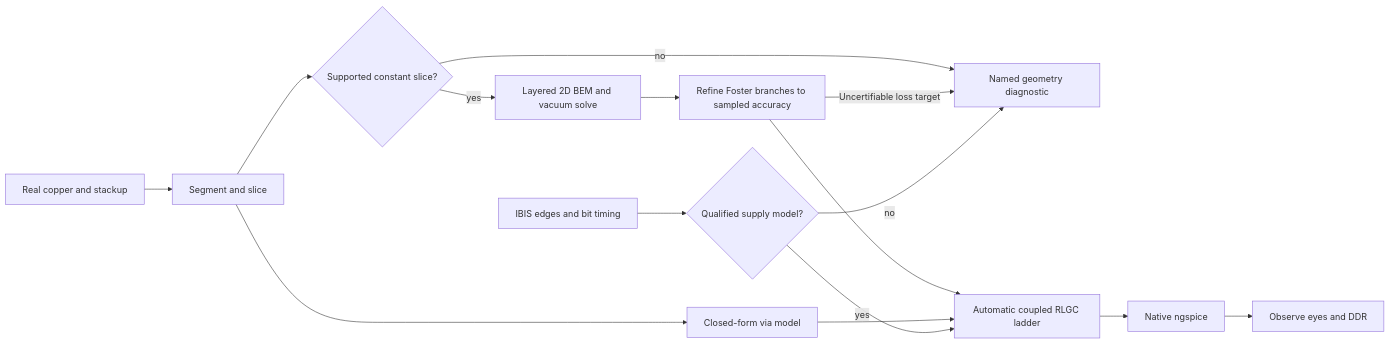
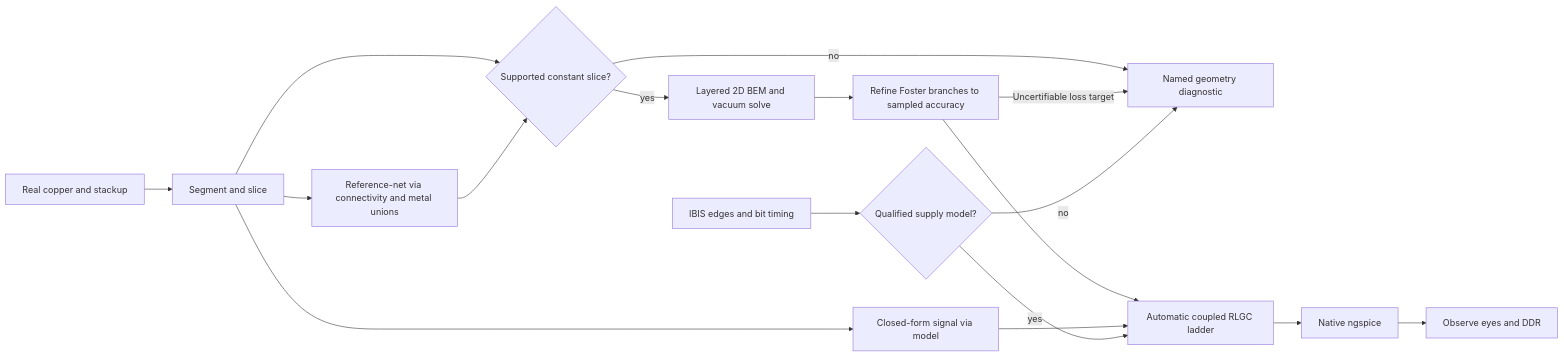
Before and after one commit to tscircuit/pcb-spice-pipeline: the diagram in docs/2d-extraction.md, drawn with Mermaid. The commit also changed other lines of this file and 29 other files, not shown here.

First line of the commit message:
fix: model reference vias and finite-thickness surface losses

````diff
--- a/docs/2d-extraction.md
+++ b/docs/2d-extraction.md
@@ -47,17 +46,19 @@
 ```mermaid
 flowchart LR
   copper[Real copper and stackup] --> segments[Segment and slice]
   segments --> valid{Supported constant slice?}
   valid -->|yes| bem[Layered 2D BEM and vacuum solve]
   valid -->|no| error[Named geometry diagnostic]
-  segments --> via[Closed-form via model]
+  segments --> reference[Reference-net via connectivity and metal unions]
+  reference --> valid
+  segments --> via[Closed-form signal via model]
   bem --> fit[Refine Foster branches to sampled accuracy]
   fit --> ladder[Automatic coupled RLGC ladder]
   fit -->|Uncertifiable loss target| error
   via --> ladder
   ibis[IBIS edges and bit timing] --> package{Qualified supply model?}
   package -->|yes| ladder
   package -->|no| error
   ladder --> spice[Native ngspice]
   spice --> eyes[Observe eyes and DDR]
 ```
````
